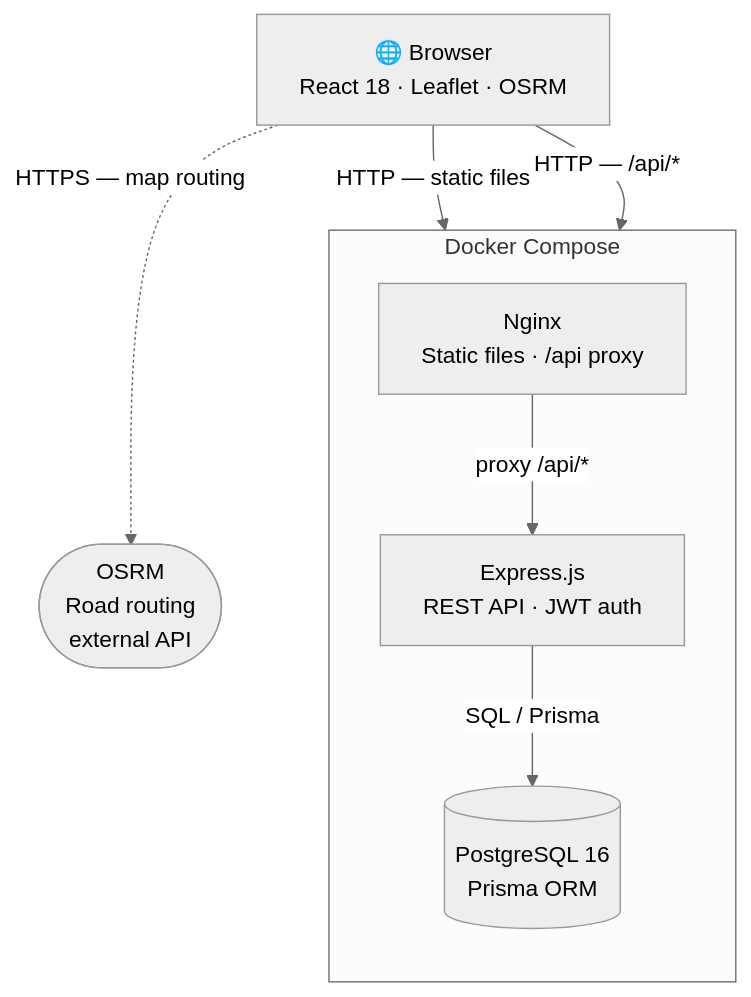
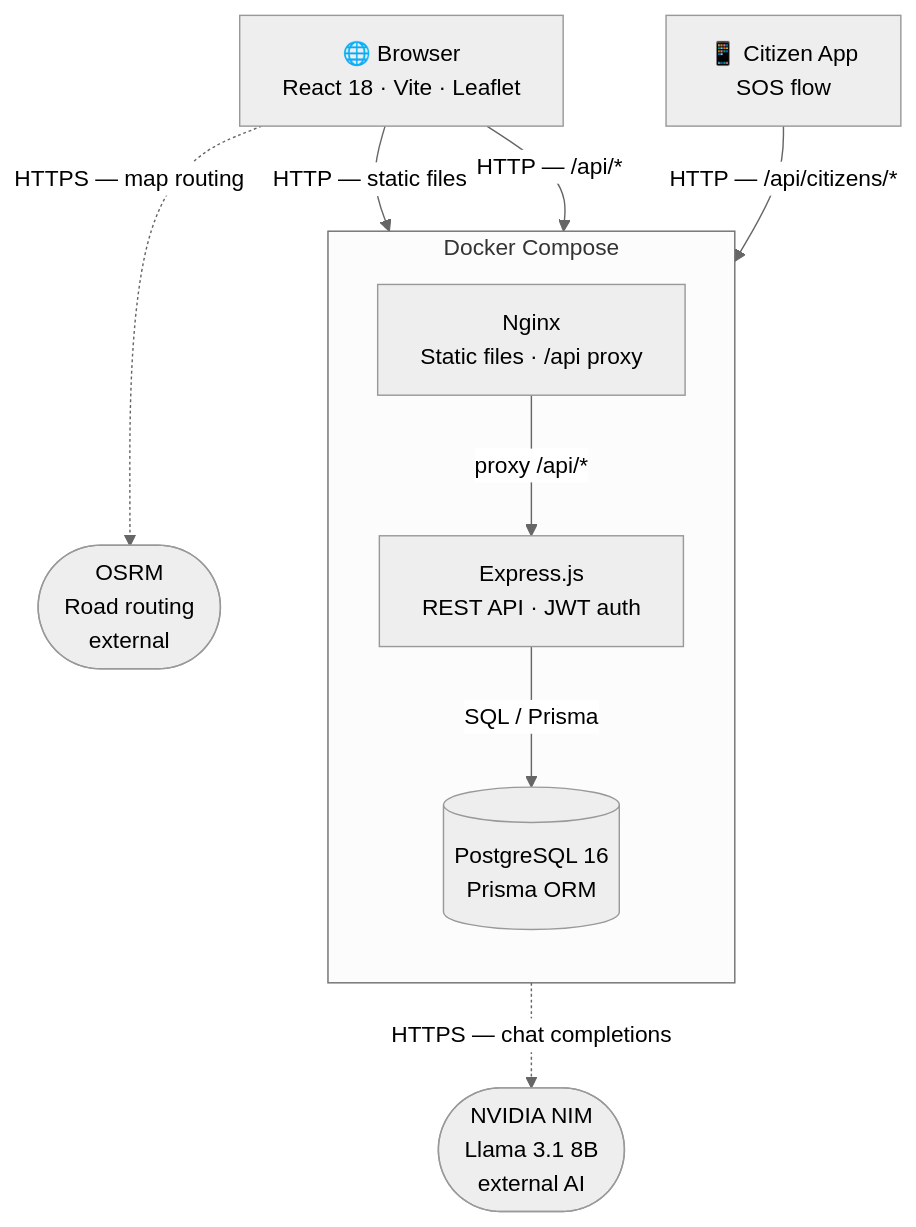
Before and after one commit to Tomas4030/smartflow: the first of 3 diagrams in docs/architecture.md, drawn with Mermaid (neutral theme). The commit also changed other lines of this file and 6 other files, not shown here.

Commit message:
feat: docs: add architecture docs, API reference

````diff
--- a/docs/architecture.md
+++ b/docs/architecture.md
@@ -9,19 +9,23 @@
 ```mermaid
 flowchart TB
-    Browser["🌐 Browser\nReact 18 · Leaflet · OSRM"]
+    Browser["🌐 Browser\nReact 18 · Vite · Leaflet"]
+    Citizen["📱 Citizen App\nSOS flow"]
 
     subgraph compose["Docker Compose"]
         direction TB
         Nginx["Nginx\nStatic files · /api proxy"]
         Express["Express.js\nREST API · JWT auth"]
         Postgres[("PostgreSQL 16\nPrisma ORM")]
     end
 
-    OSRM(["OSRM\nRoad routing\nexternal API"])
+    OSRM(["OSRM\nRoad routing\nexternal"])
+    NVIDIA(["NVIDIA NIM\nLlama 3.1 8B\nexternal AI"])
 
     Browser -- "HTTP — static files" --> Nginx
     Browser -- "HTTP — /api/*" --> Nginx
+    Citizen -- "HTTP — /api/citizens/*" --> Nginx
     Nginx -- "proxy /api/*" --> Express
     Express -- "SQL / Prisma" --> Postgres
     Browser -. "HTTPS — map routing" .-> OSRM
+    Express -. "HTTPS — chat completions" .-> NVIDIA
 ```
````
